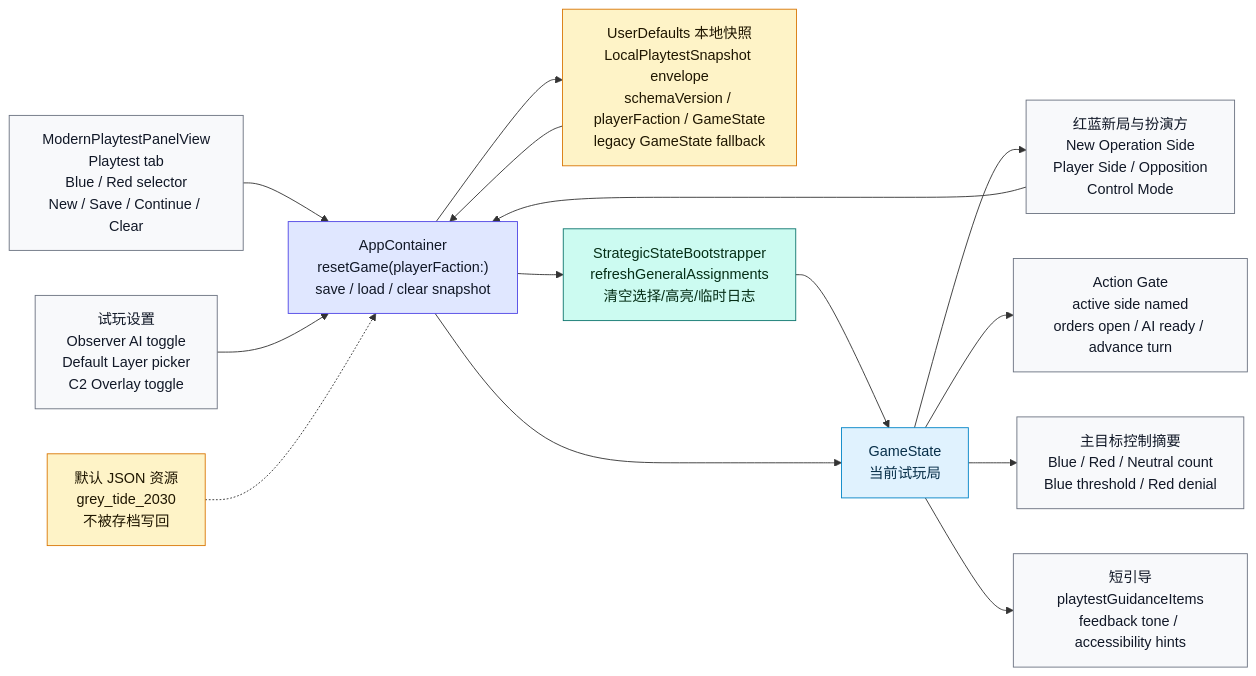
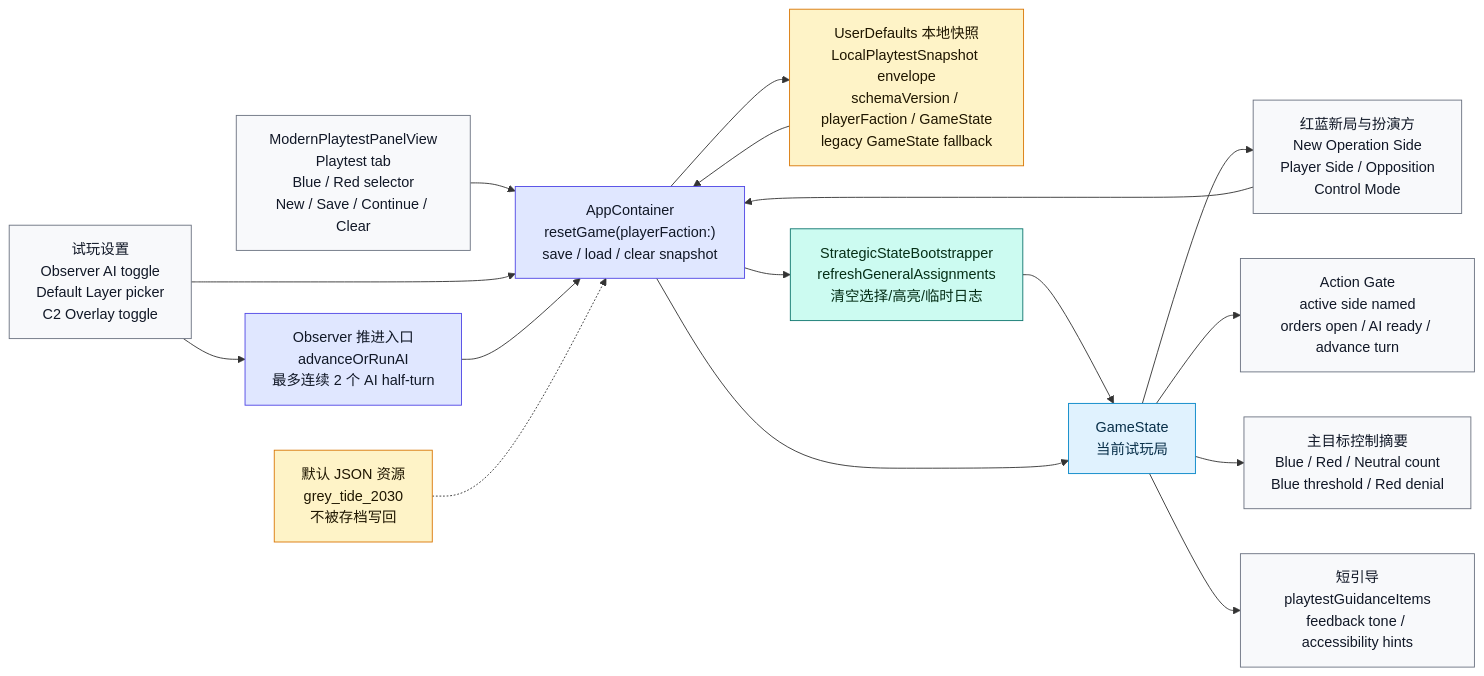
Before and after one commit to Altman-sam114/127: diagram 11 of 20 in md/flow/flowchart.md, drawn with Mermaid. The commit also changed other lines of this file and 7 other files, not shown here.

````diff
--- a/md/flow/flowchart.md
+++ b/md/flow/flowchart.md
@@ -326,32 +326,34 @@
 ```mermaid
 flowchart LR
     UI["ModernPlaytestPanelView<br/>Playtest tab<br/>Blue / Red selector<br/>New / Save / Continue / Clear"]:::display
     SETTINGS["试玩设置<br/>Observer AI toggle<br/>Default Layer picker<br/>C2 Overlay toggle"]:::display
+    OBSRUN["Observer 推进入口<br/>advanceOrRunAI<br/>最多连续 2 个 AI half-turn"]:::app
     ROLE["红蓝新局与扮演方<br/>New Operation Side<br/>Player Side / Opposition<br/>Control Mode"]:::display
     GATE["Action Gate<br/>active side named<br/>orders open / AI ready / advance turn"]:::display
     OBJECTIVE["主目标控制摘要<br/>Blue / Red / Neutral count<br/>Blue threshold / Red denial"]:::display
     GUIDE["短引导<br/>playtestGuidanceItems<br/>feedback tone / accessibility hints"]:::display
     APP["AppContainer<br/>resetGame(playerFaction:)<br/>save / load / clear snapshot"]:::app
     SNAP["UserDefaults 本地快照<br/>LocalPlaytestSnapshot envelope<br/>schemaVersion / playerFaction / GameState<br/>legacy GameState fallback"]:::data
     BOOT["StrategicStateBootstrapper<br/>refreshGeneralAssignments<br/>清空选择/高亮/临时日志"]:::rules
     STATE["GameState<br/>当前试玩局"]:::state
     RES["默认 JSON 资源<br/>grey_tide_2030<br/>不被存档写回"]:::data
 
     UI --> APP
     SETTINGS --> APP
+    SETTINGS --> OBSRUN --> APP
     ROLE --> APP
     STATE --> ROLE
     STATE --> GATE
     STATE --> OBJECTIVE
     STATE --> GUIDE
     APP --> SNAP
     SNAP --> APP --> BOOT --> STATE
     APP --> STATE
     RES -.-> APP
 
     classDef display fill:#f8f9fb,stroke:#6b7280,color:#111827
     classDef app fill:#e0e7ff,stroke:#4f46e5,color:#111827
     classDef data fill:#fef3c7,stroke:#d97706,color:#1f1600
     classDef rules fill:#ccfbf1,stroke:#0f766e,color:#052e16
     classDef state fill:#e0f2fe,stroke:#0284c7,color:#082f49
 ```
````
